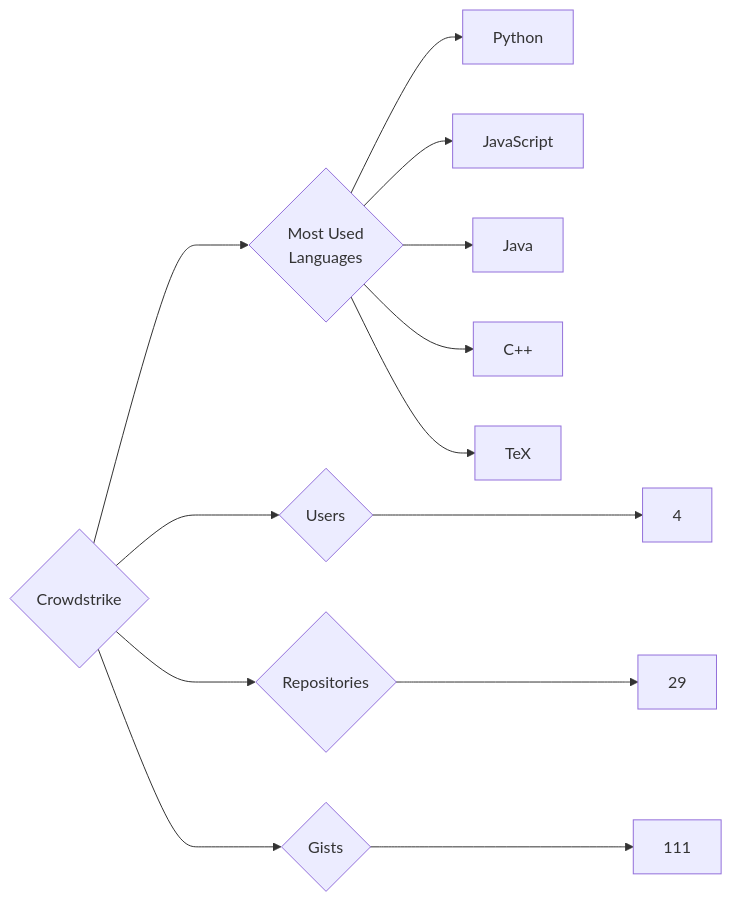
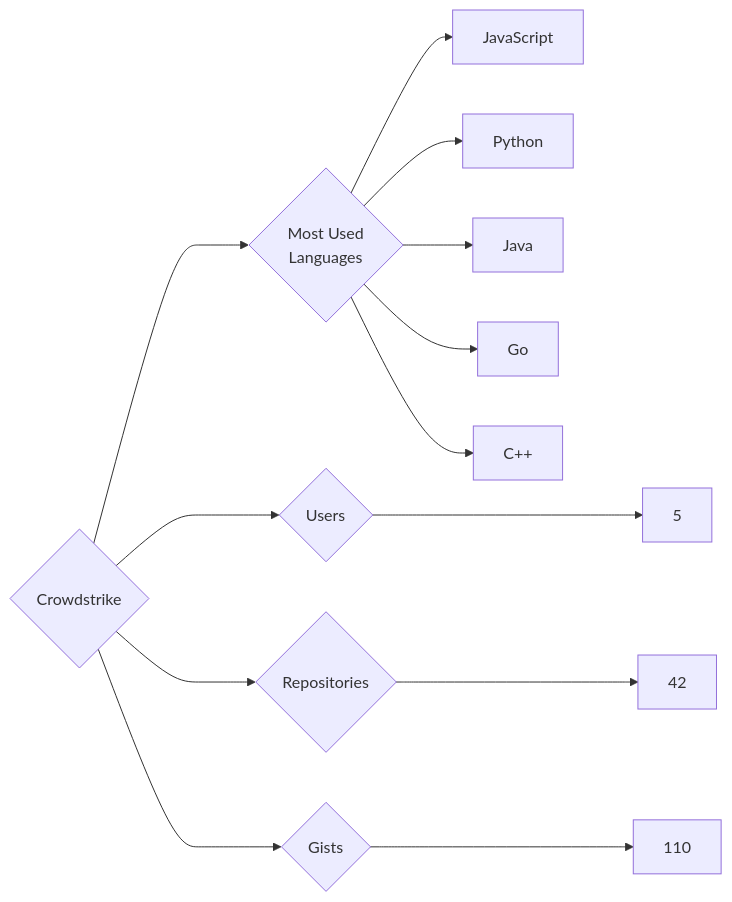
One commit to trickest/insiders changed the diagram in targets/Crowdstrike/README.md. Above: the diagram before and after it, drawn with Mermaid. The commit also changed 1212 other files, not shown here.

````diff
--- a/targets/Crowdstrike/README.md
+++ b/targets/Crowdstrike/README.md
@@ -3,13 +3,13 @@
 ```mermaid
 graph LR
 COMPANY_NAME{Crowdstrike}
-COMPANY_NAME ---> U{Users} ---> UN[4]
-COMPANY_NAME ---> R{Repositories} ---> RN[29]
-COMPANY_NAME ---> G{Gists} ---> GN[111]
+COMPANY_NAME ---> U{Users} ---> UN[5]
+COMPANY_NAME ---> R{Repositories} ---> RN[42]
+COMPANY_NAME ---> G{Gists} ---> GN[110]
 COMPANY_NAME ---> ML{Most Used<br>Languages}
+ML --> JavaScript[JavaScript]
 ML --> Python[Python]
-ML --> JavaScript[JavaScript]
 ML --> Java[Java]
+ML --> Go[Go]
 ML --> C++[C++]
-ML --> TeX[TeX]
 ```
````
